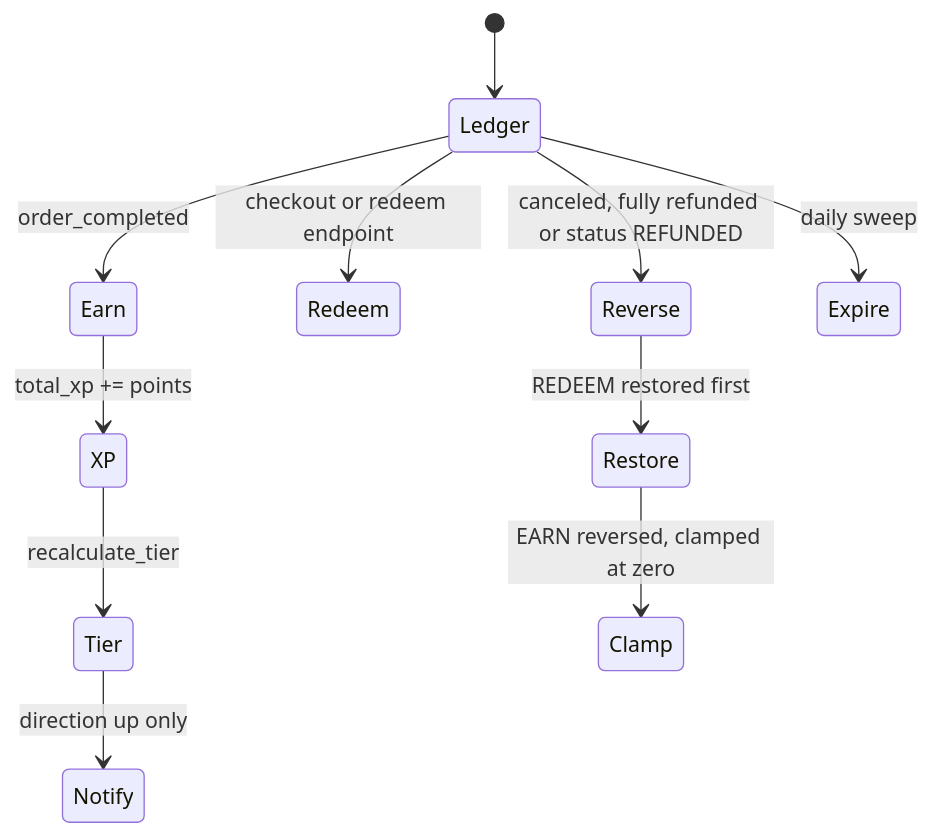
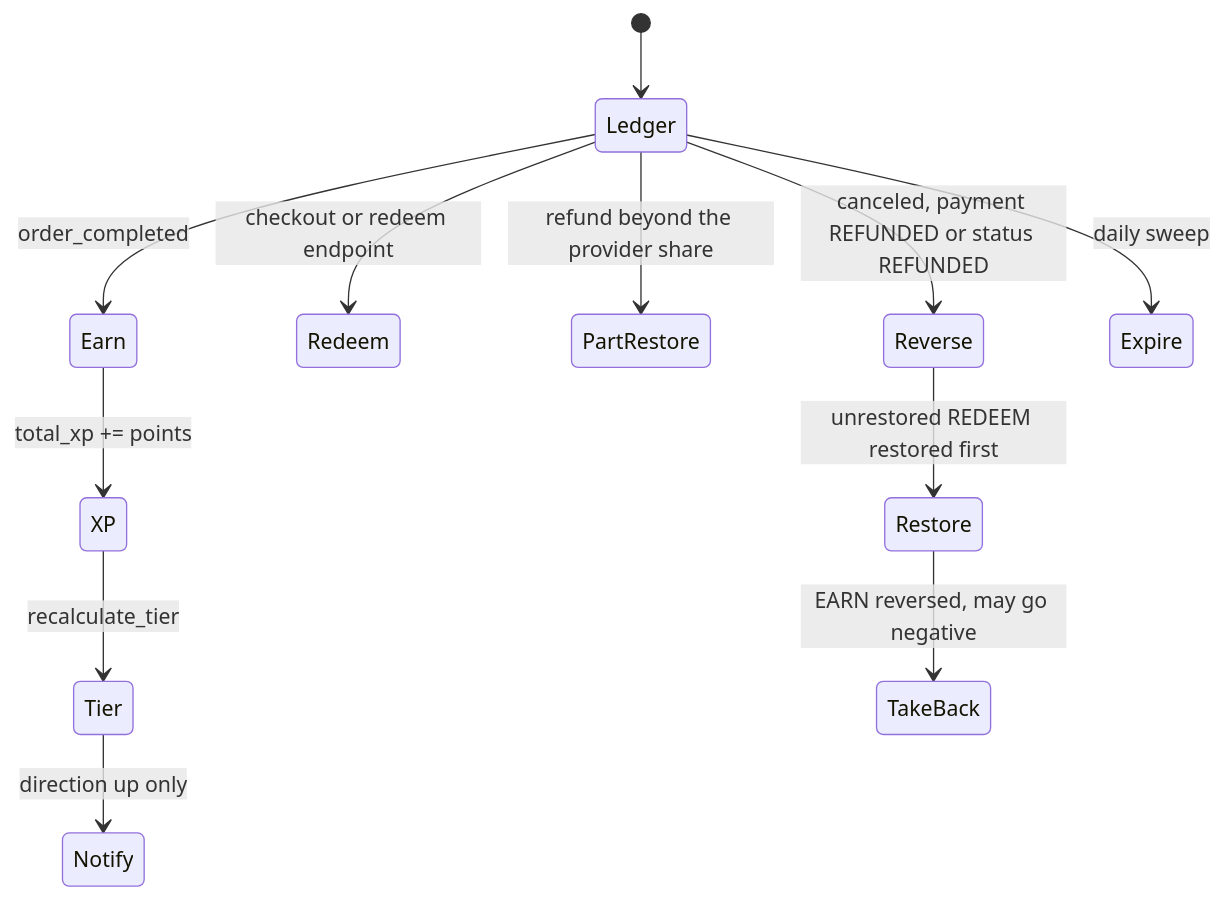
The diagram in src/dev/flows/loyalty.md (vasilistotskas/grooveshop-docs), drawn with Mermaid before and after one commit. The commit also changed other lines of this file and 41 other files, not shown here.

````diff
--- a/src/dev/flows/loyalty.md
+++ b/src/dev/flows/loyalty.md
@@ -20,13 +20,14 @@
 ```mermaid
 stateDiagram-v2
   [*] --> Ledger
   Ledger --> Earn: order_completed
   Earn --> XP: total_xp += points
   XP --> Tier: recalculate_tier
   Tier --> Notify: direction up only
   Ledger --> Redeem: checkout or redeem endpoint
-  Ledger --> Reverse: canceled, fully refunded or status REFUNDED
-  Reverse --> Restore: REDEEM restored first
-  Restore --> Clamp: EARN reversed, clamped at zero
+  Ledger --> PartRestore: refund beyond the provider share
+  Ledger --> Reverse: canceled, payment REFUNDED or status REFUNDED
+  Reverse --> Restore: unrestored REDEEM restored first
+  Restore --> TakeBack: EARN reversed, may go negative
   Ledger --> Expire: daily sweep
 ```
````
